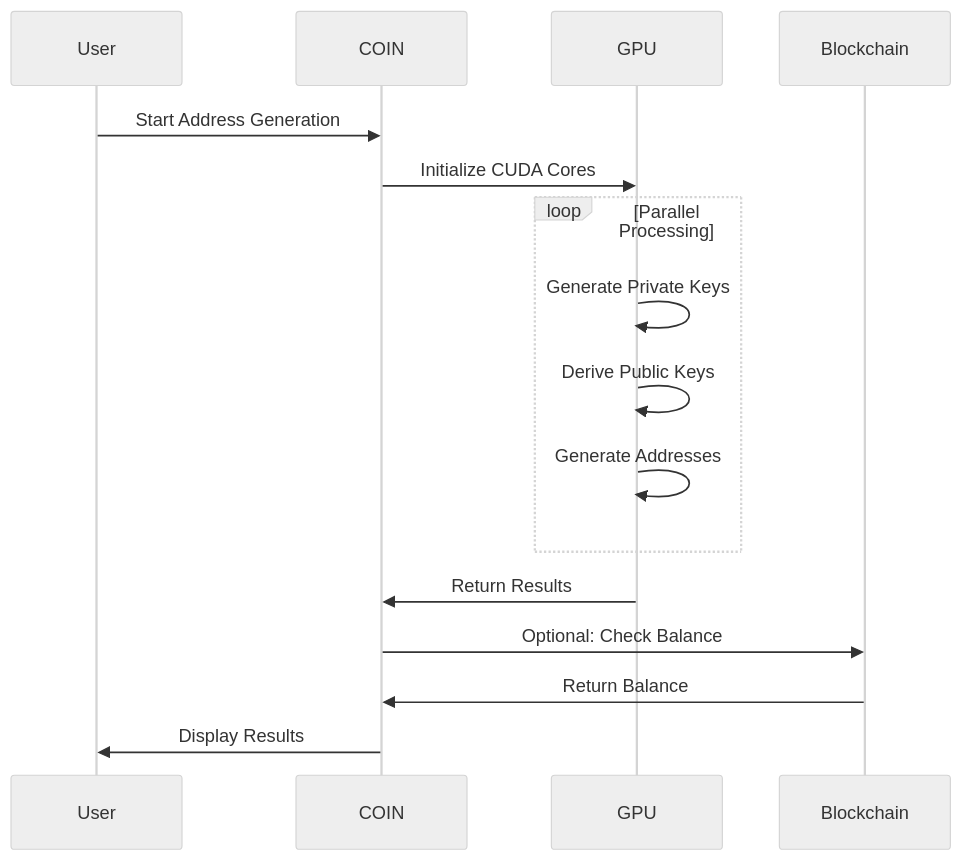
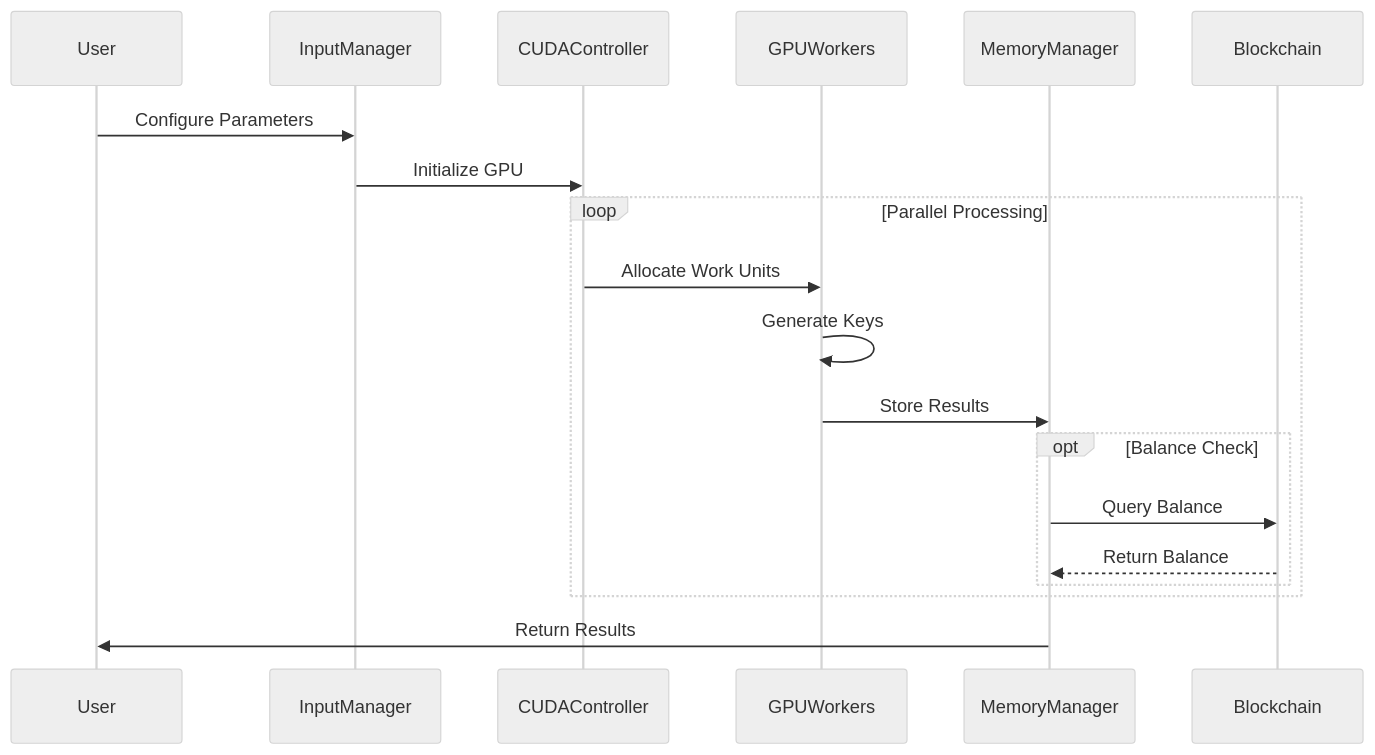
The fourth of 7 diagrams in README.md (donpablonows/coin), drawn with Mermaid (neutral theme) before and after one commit. The commit also changed other lines of this file, not shown here.

````diff
--- a/README.md
+++ b/README.md
@@ -571,19 +603,24 @@
 ```mermaid
 sequenceDiagram
     participant User
-    participant COIN
-    participant GPU
+    participant InputManager
+    participant CUDAController
+    participant GPUWorkers
+    participant MemoryManager
     participant Blockchain
-
-    User->>COIN: Start Address Generation
-    COIN->>GPU: Initialize CUDA Cores
+    
+    User->>InputManager: Configure Parameters
+    InputManager->>CUDAController: Initialize GPU
+    
     loop Parallel Processing
-        GPU->>GPU: Generate Private Keys
-        GPU->>GPU: Derive Public Keys
-        GPU->>GPU: Generate Addresses
+        CUDAController->>GPUWorkers: Allocate Work Units
+        GPUWorkers->>GPUWorkers: Generate Keys
+        GPUWorkers->>MemoryManager: Store Results
+        opt Balance Check
+            MemoryManager->>Blockchain: Query Balance
+            Blockchain-->>MemoryManager: Return Balance
+        end
     end
-    GPU->>COIN: Return Results
-    COIN->>Blockchain: Optional: Check Balance
-    Blockchain->>COIN: Return Balance
-    COIN->>User: Display Results
+    
+    MemoryManager->>User: Return Results
 ```
````
